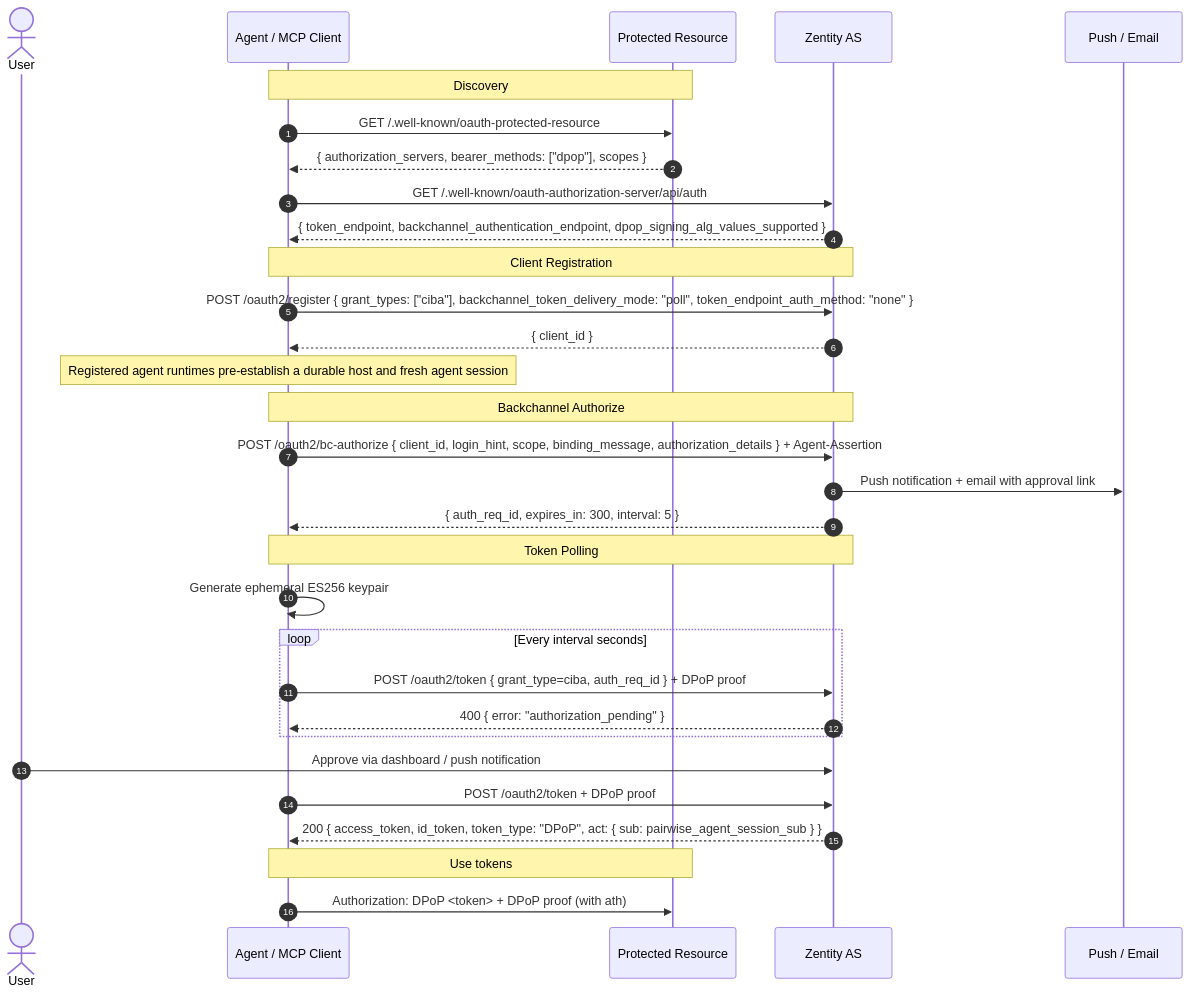
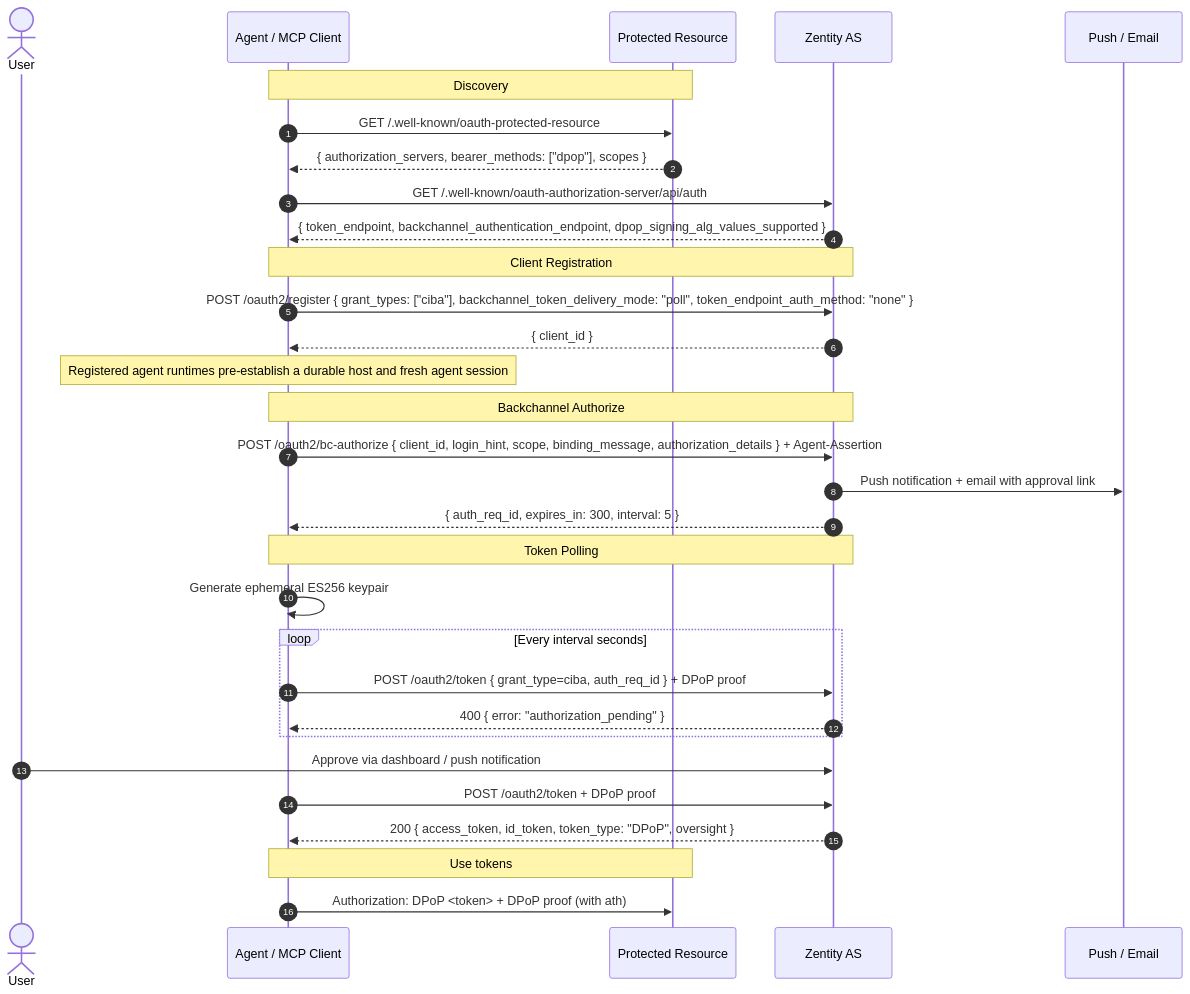
One commit to gustavovalverde/zentity changed the fourth of 5 diagrams in docs/(protocols)/oauth-integrations.md. Above: the diagram before and after it, drawn with Mermaid. The commit also changed 19 other files, not shown here.

First line of the commit message:
feat(agents)!: name the agent by a per-audience act.sub only

````diff
--- a/docs/(protocols)/oauth-integrations.md
+++ b/docs/(protocols)/oauth-integrations.md
@@ -203,39 +203,39 @@
 ```mermaid
 sequenceDiagram
   autonumber
   actor User
   participant Agent as Agent / MCP Client
   participant RS as Protected Resource
   participant AS as Zentity AS
   participant Notify as Push / Email
 
   Note over Agent,RS: Discovery
   Agent->>RS: GET /.well-known/oauth-protected-resource
   RS-->>Agent: { authorization_servers, bearer_methods: ["dpop"], scopes }
   Agent->>AS: GET /.well-known/oauth-authorization-server/api/auth
   AS-->>Agent: { token_endpoint, backchannel_authentication_endpoint, dpop_signing_alg_values_supported }
 
   Note over Agent,AS: Client Registration
   Agent->>AS: POST /oauth2/register { grant_types: ["ciba"], backchannel_token_delivery_mode: "poll", token_endpoint_auth_method: "none" }
   AS-->>Agent: { client_id }
 
   Note over Agent: Registered agent runtimes pre-establish a durable host and fresh agent session
   Note over Agent,AS: Backchannel Authorize
   Agent->>AS: POST /oauth2/bc-authorize { client_id, login_hint, scope, binding_message, authorization_details } + Agent-Assertion
   AS->>Notify: Push notification + email with approval link
   AS-->>Agent: { auth_req_id, expires_in: 300, interval: 5 }
 
   Note over Agent,AS: Token Polling
   Agent->>Agent: Generate ephemeral ES256 keypair
   loop Every interval seconds
     Agent->>AS: POST /oauth2/token { grant_type=ciba, auth_req_id } + DPoP proof
     AS-->>Agent: 400 { error: "authorization_pending" }
   end
 
   User->>AS: Approve via dashboard / push notification
   Agent->>AS: POST /oauth2/token + DPoP proof
-  AS-->>Agent: 200 { access_token, id_token, token_type: "DPoP", act: { sub: pairwise_agent_session_sub } }
+  AS-->>Agent: 200 { access_token, id_token, token_type: "DPoP", oversight }
 
   Note over Agent,RS: Use tokens
   Agent->>RS: Authorization: DPoP <token> + DPoP proof (with ath)
 ```
````
